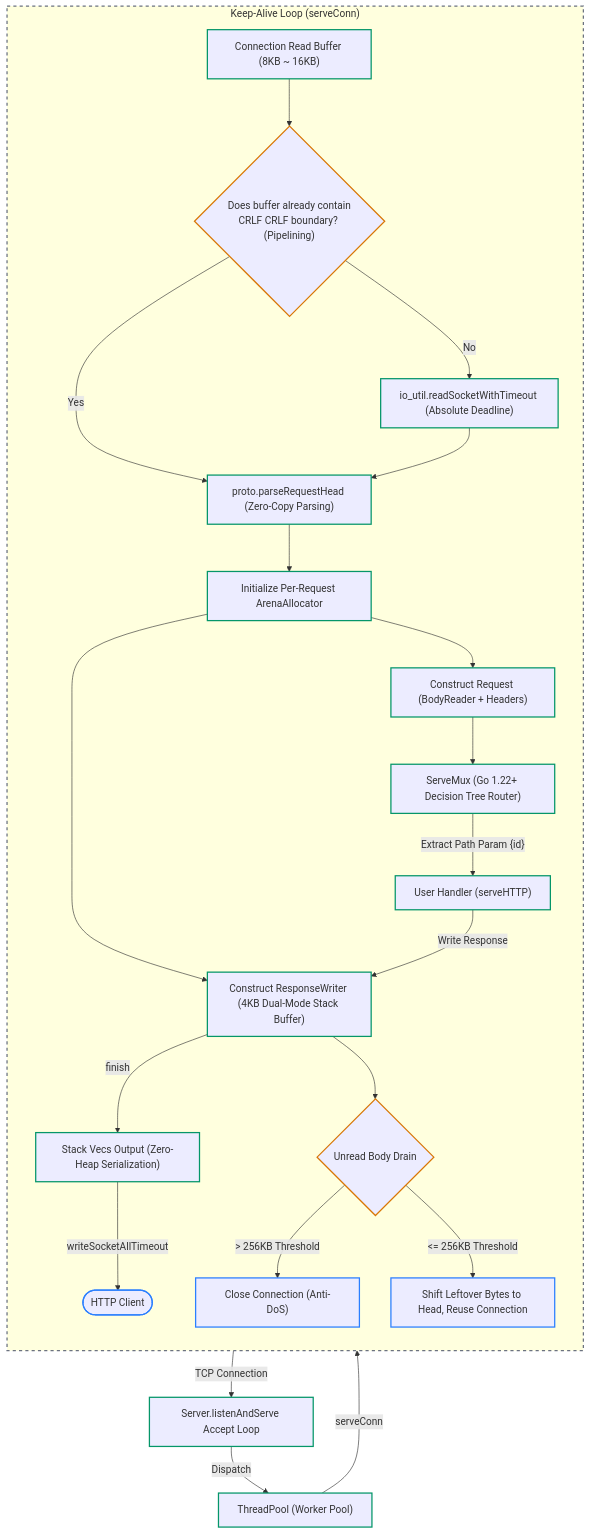
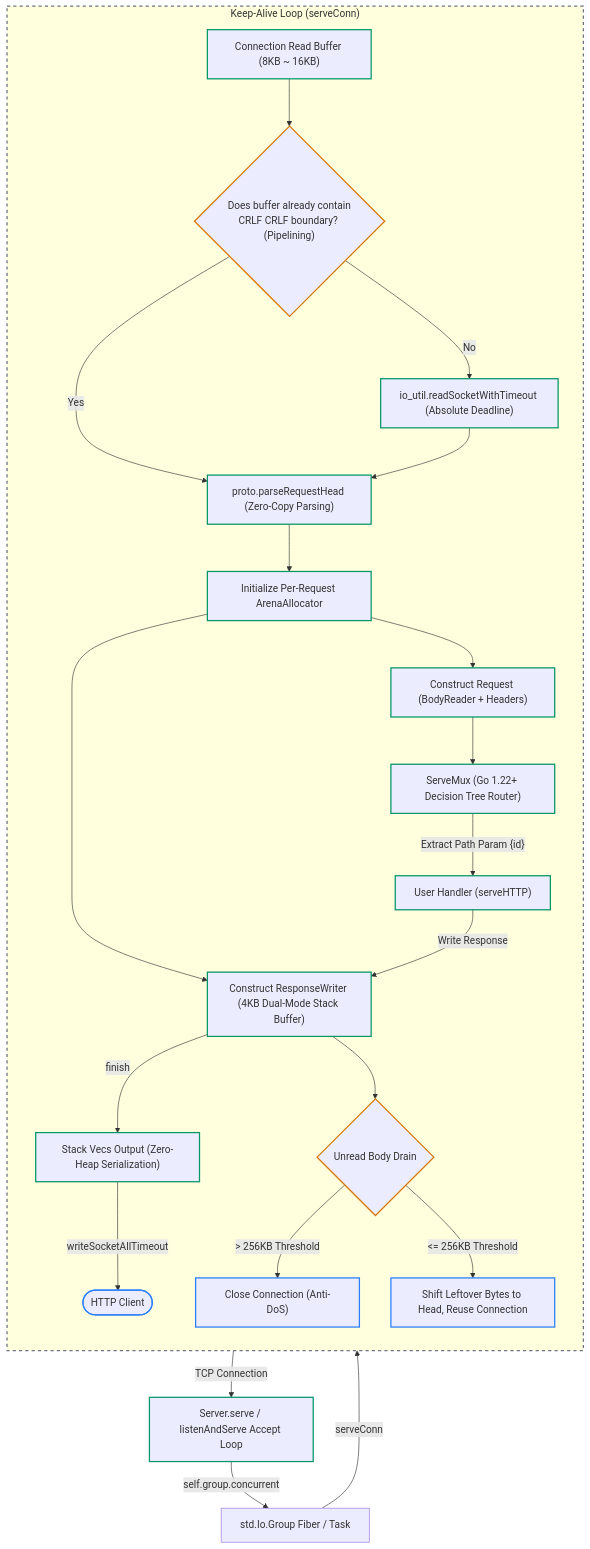
Before and after one commit to jiacai2050/lighting: the first of 2 diagrams in docs/design.md, drawn with Mermaid. The commit also changed other lines of this file and 10 other files, not shown here.

First line of the commit message:
refactor(server): replace worker pool with Io.Group

````diff
--- a/docs/design.md
+++ b/docs/design.md
@@ -55,38 +55,38 @@
 ```mermaid
 flowchart TD
     classDef endpoint stroke:#2b7fff,stroke-width:2px;
     classDef process stroke:#059669,stroke-width:2px;
     classDef decision stroke:#d97706,stroke-width:2px;
 
-    Client(["HTTP Client"]) -->|"TCP Connection"| Listener["Server.listenAndServe Accept Loop"]
-    Listener -->|"Dispatch"| Pool["ThreadPool (Worker Pool)"]
-    Pool -->|"serveConn"| ConnBuf["Connection Read Buffer (8KB ~ 16KB)"]
+    Client(["HTTP Client"]) -->|"TCP Connection"| Listener["Server.serve / listenAndServe Accept Loop"]
+    Listener -->|"self.group.concurrent"| Fiber["std.Io.Group Fiber / Task"]
+    Fiber -->|"serveConn"| ConnBuf["Connection Read Buffer (8KB ~ 16KB)"]
     
     subgraph Connection_Loop ["Keep-Alive Loop (serveConn)"]
         direction TB
         ConnBuf --> Precheck{"Does buffer already contain<br/>CRLF CRLF boundary? (Pipelining)"}
         Precheck -->|"No"| SocketRead["io_util.readSocketWithTimeout (Absolute Deadline)"]
         Precheck -->|"Yes"| Parser["proto.parseRequestHead (Zero-Copy Parsing)"]
         SocketRead --> Parser
         
         Parser --> Arena["Initialize Per-Request ArenaAllocator"]
         Arena --> Req["Construct Request (BodyReader + Headers)"]
         Arena --> Res["Construct ResponseWriter (4KB Dual-Mode Stack Buffer)"]
         
         Req --> Router["ServeMux (Go 1.22+ Decision Tree Router)"]
         Router -->|"Extract Path Param {id}"| Handler["User Handler (serveHTTP)"]
         
         Handler -->|"Write Response"| Res
         Res -->|"finish"| OutVecs["Stack Vecs Output (Zero-Heap Serialization)"]
         OutVecs -->|"writeSocketAllTimeout"| Client
         
         Res --> DrainCheck{"Unread Body Drain"}
         DrainCheck -->|"> 256KB Threshold"| ConnClose["Close Connection (Anti-DoS)"]
         DrainCheck -->|"<= 256KB Threshold"| Reuse["Shift Leftover Bytes to Head, Reuse Connection"]
     end
     style Connection_Loop stroke:#6b7280,stroke-width:2px,stroke-dasharray: 5 5;
 
     class Client,ConnClose,Reuse endpoint;
     class Listener,Pool,ConnBuf,SocketRead,Parser,Arena,Req,Res,Router,Handler,OutVecs process;
     class Precheck,DrainCheck decision;
 ```
````
